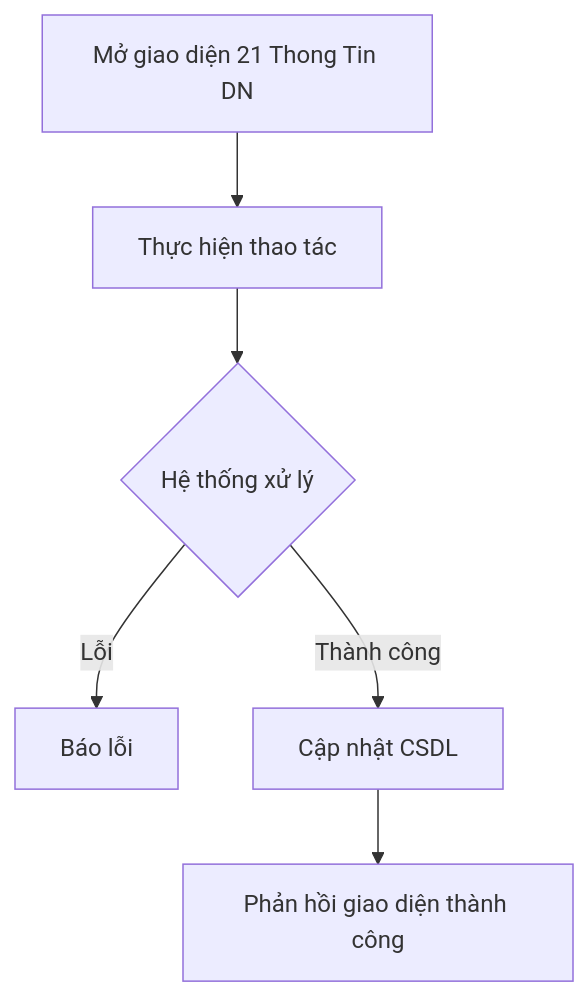
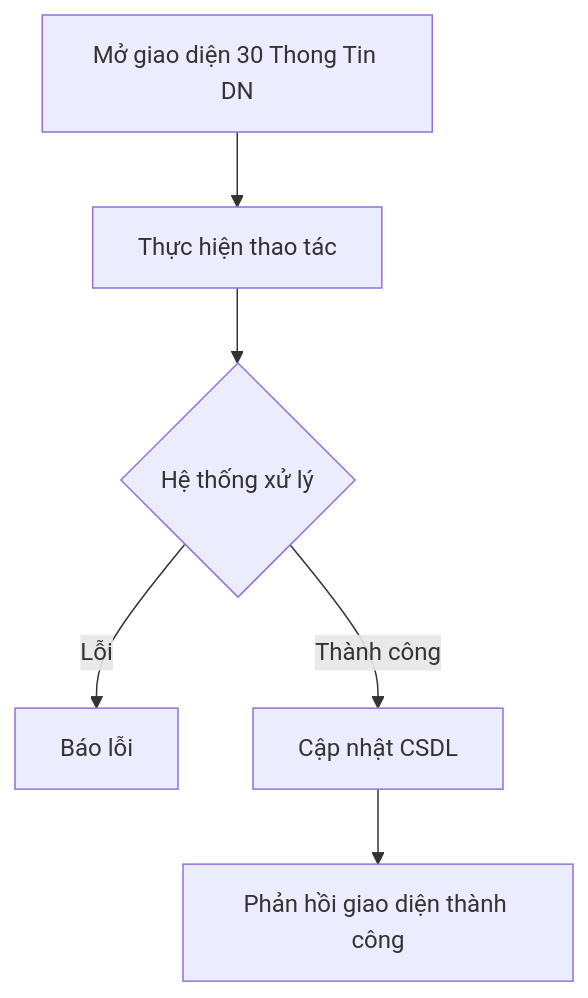
The diagram in nghiep_vu/epic-07_Settings_Configuration/user-story-30_Thong_Tin_DN/user-story.md (VanHaPtit/EasyTech_FE), drawn with Mermaid before and after one commit. The commit also changed other lines of this file and 31 other files, not shown here.

````diff
--- a/nghiep_vu/epic-07_Settings_Configuration/user-story-30_Thong_Tin_DN/user-story.md
+++ b/nghiep_vu/epic-07_Settings_Configuration/user-story-30_Thong_Tin_DN/user-story.md
@@ -11,8 +11,8 @@
 ```mermaid
 graph TD
-    A[Mở giao diện 21 Thong Tin DN] --> B[Thực hiện thao tác]
+    A[Mở giao diện 30 Thong Tin DN] --> B[Thực hiện thao tác]
     B --> C{Hệ thống xử lý}
     C -- Lỗi --> D[Báo lỗi]
     C -- Thành công --> E[Cập nhật CSDL]
     E --> F[Phản hồi giao diện thành công]
 ```
````
